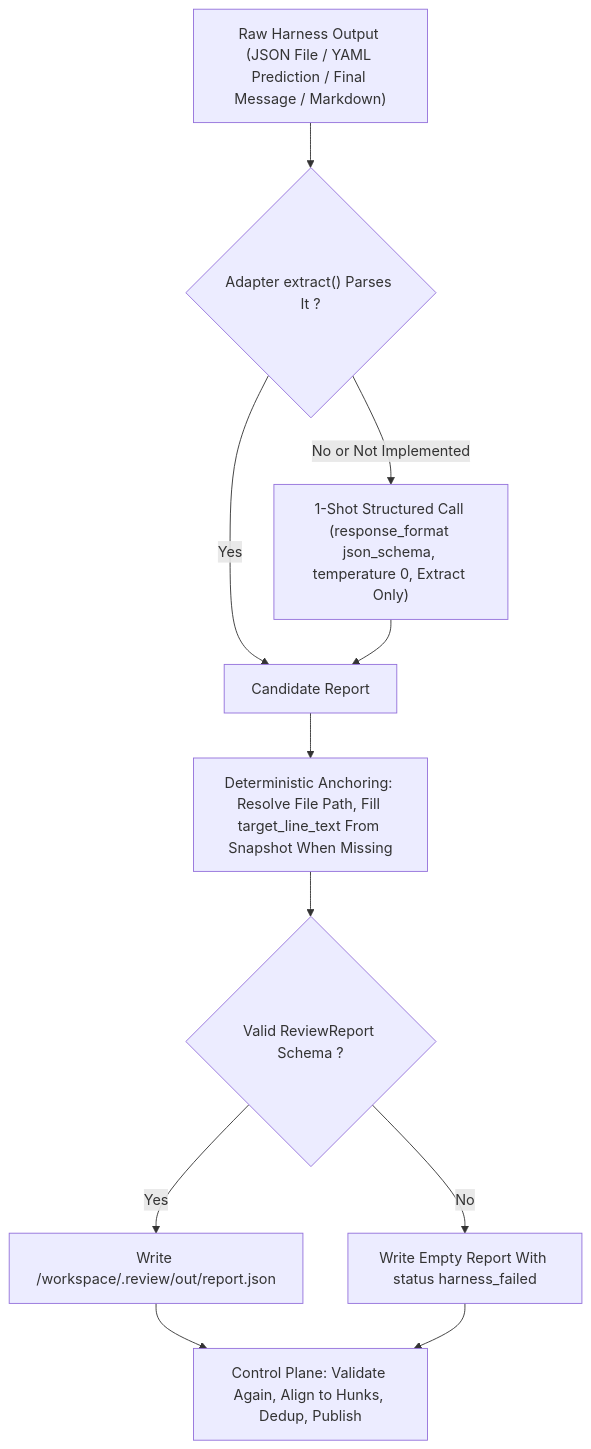
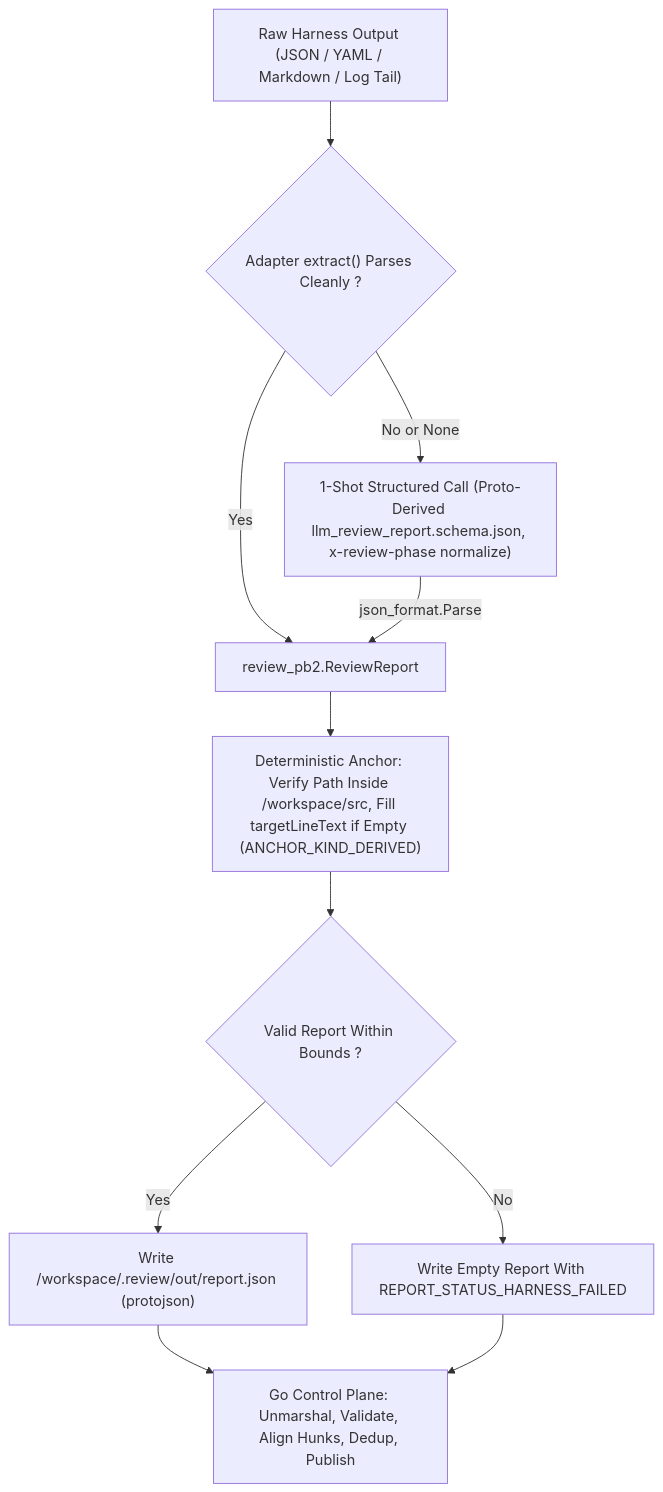
One commit to zetxqx/review-agent-infra changed the third of 6 diagrams in docs/design/hld.md. Above: the diagram before and after it, drawn with Mermaid. The commit also changed other lines of this file and 12 other files, not shown here.

Commit message:
Define Protobuf single-source-of-truth contracts with Go control-plane infrastructure and Python off-the-shelf harness adapters.

````diff
--- a/docs/design/hld.md
+++ b/docs/design/hld.md
@@ -257,13 +217,13 @@
 ```mermaid
 flowchart TD
-    Raw["Raw Harness Output (JSON File / YAML Prediction / Final Message / Markdown)"] --> Extract{"Adapter extract() Parses It ?"}
-    Extract -->|"Yes"| Cand["Candidate Report"]
-    Extract -->|"No or Not Implemented"| OneShot["1-Shot Structured Call (response_format json_schema, temperature 0, Extract Only)"]
-    OneShot --> Cand
-    Cand --> Anchor["Deterministic Anchoring: Resolve File Path, Fill target_line_text From Snapshot When Missing"]
-    Anchor --> Schema{"Valid ReviewReport Schema ?"}
-    Schema -->|"Yes"| Write["Write /workspace/.review/out/report.json"]
-    Schema -->|"No"| Empty["Write Empty Report With status harness_failed"]
-    Write --> CP["Control Plane: Validate Again, Align to Hunks, Dedup, Publish"]
-    Empty --> CP
+    Raw["Raw Harness Output (JSON / YAML / Markdown / Log Tail)"] --> Extract{"Adapter extract() Parses Cleanly ?"}
+    Extract -->|"Yes"| Cand["review_pb2.ReviewReport"]
+    Extract -->|"No or None"| OneShot["1-Shot Structured Call (Proto-Derived llm_review_report.schema.json, x-review-phase normalize)"]
+    OneShot -->|"json_format.Parse"| Cand
+    Cand --> Anchor["Deterministic Anchor: Verify Path Inside /workspace/src, Fill targetLineText if Empty (ANCHOR_KIND_DERIVED)"]
+    Anchor --> Valid{"Valid Report Within Bounds ?"}
+    Valid -->|"Yes"| Write["Write /workspace/.review/out/report.json (protojson)"]
+    Valid -->|"No"| Fail["Write Empty Report With REPORT_STATUS_HARNESS_FAILED"]
+    Write --> GoCP["Go Control Plane: Unmarshal, Validate, Align Hunks, Dedup, Publish"]
+    Fail --> GoCP
 ```
````
